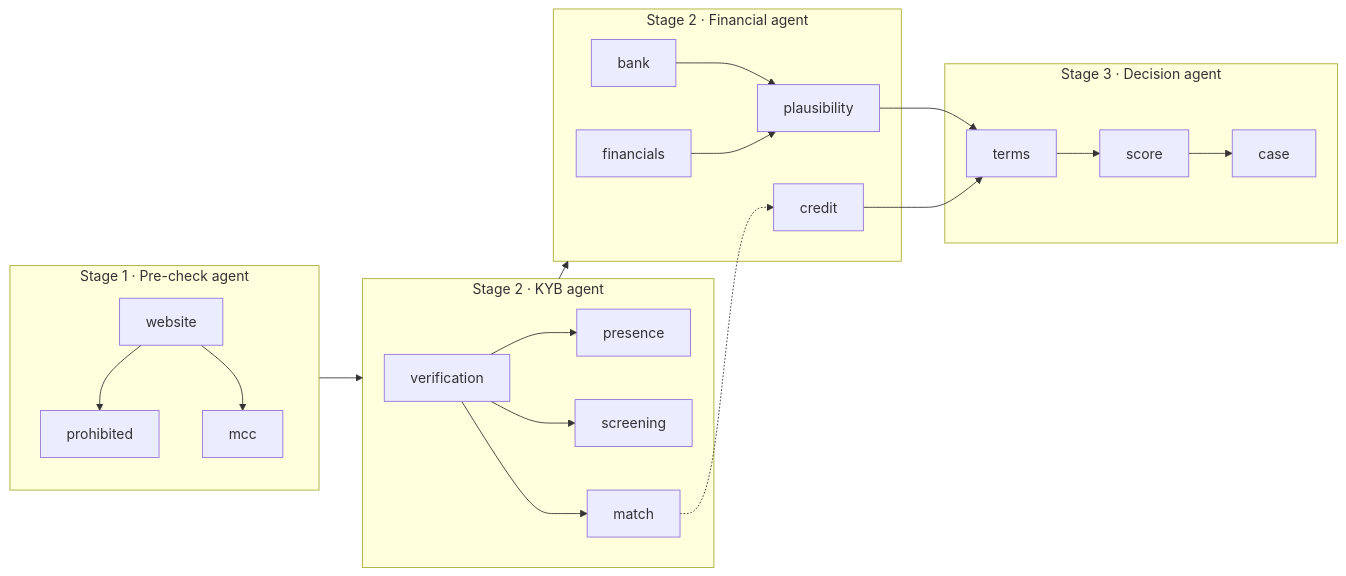
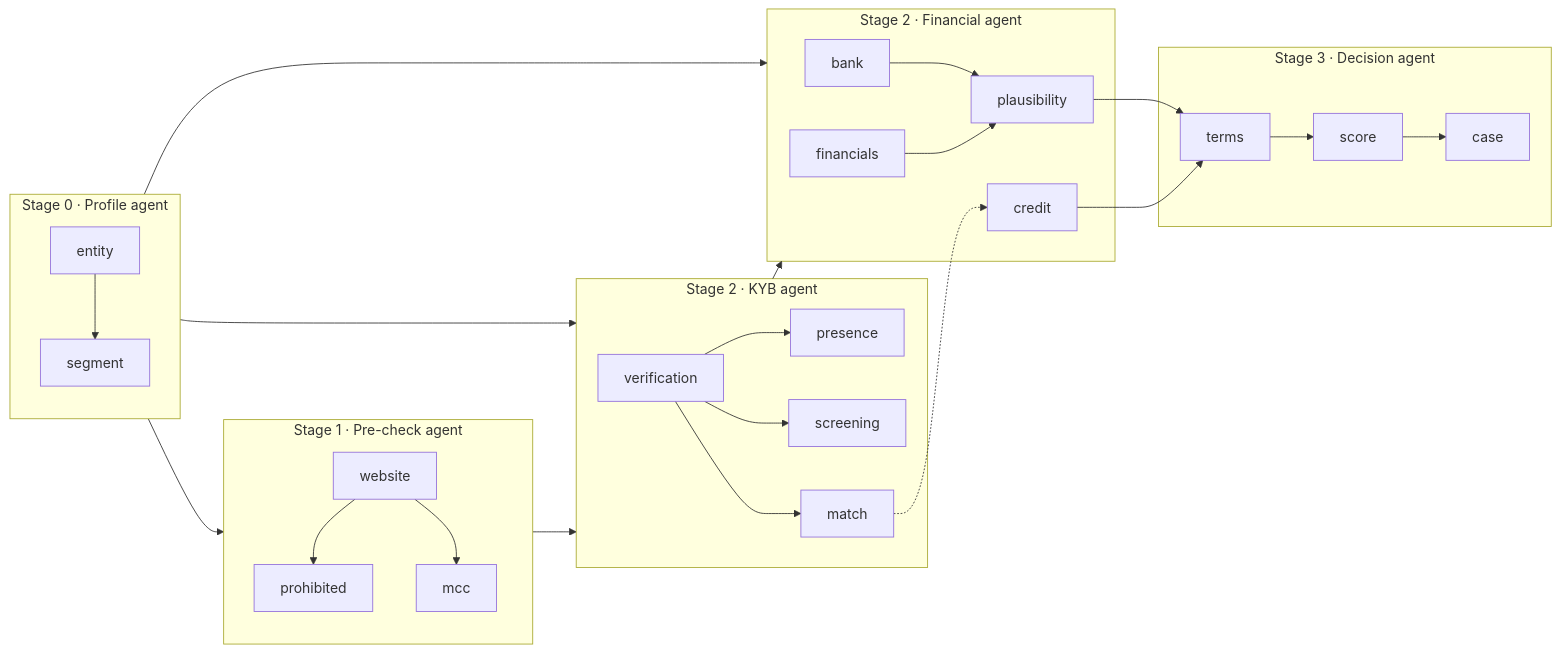
One commit to NitinRawat26/MerchantIntelligence changed the first of 2 diagrams in docs/steps/README.md. Above: the diagram before and after it, drawn with Mermaid. The commit also changed other lines of this file and 10 other files, not shown here.

Commit message:
Docs: merchant profile step page (entity, segment, registry scope, applicability, SMB weights) and profile-first governance across the step index, full assessment spec and wiki

````diff
--- a/docs/steps/README.md
+++ b/docs/steps/README.md
@@ -28,24 +29,30 @@
 ```mermaid
 flowchart LR
+    subgraph S0["Stage 0 · Profile agent"]
+        EN[entity] --> SG[segment]
+    end
     subgraph S1["Stage 1 · Pre-check agent"]
         W[website] --> P[prohibited]
         W --> M[mcc]
     end
     subgraph S2["Stage 2 · KYB agent"]
         V[verification] --> PR[presence]
         V --> SC[screening]
         V --> MA[match]
     end
     subgraph S3["Stage 2 · Financial agent"]
         B[bank] --> PL[plausibility]
         F[financials] --> PL
         MA -.-> CR[credit]
     end
     subgraph S4["Stage 3 · Decision agent"]
         T[terms] --> SCO[score] --> CA[case]
     end
+    S0 --> S1
+    S0 --> S2
+    S0 --> S3
     S1 --> S2
     S2 --> S3
     PL --> T
     CR --> T
 ```
````
